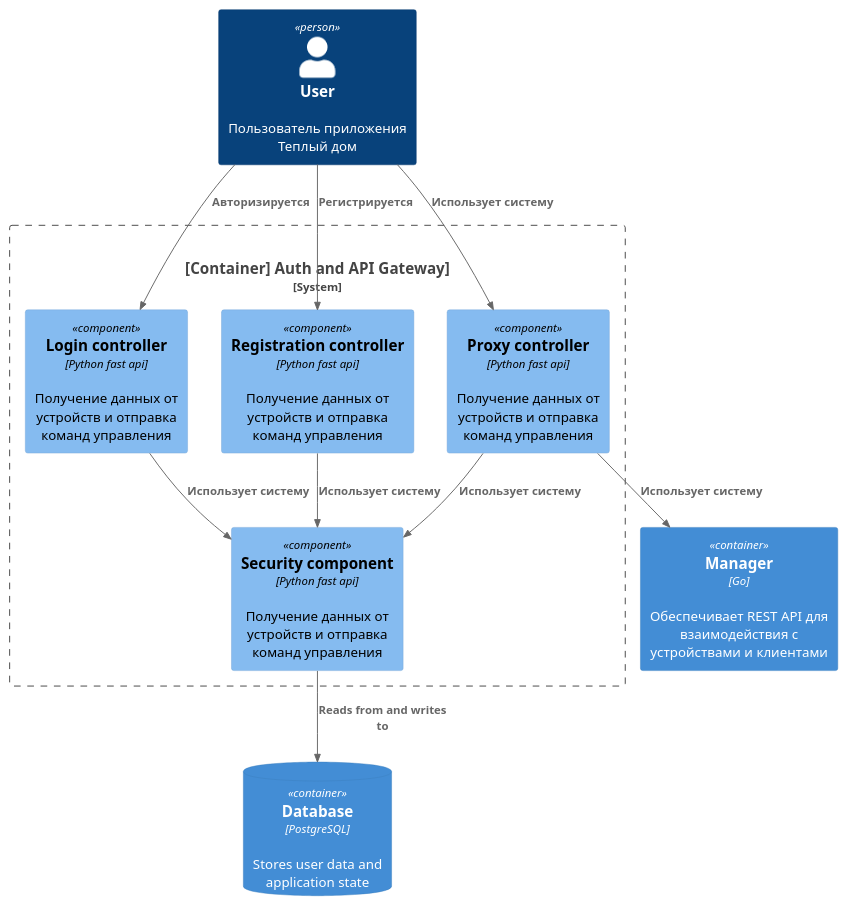
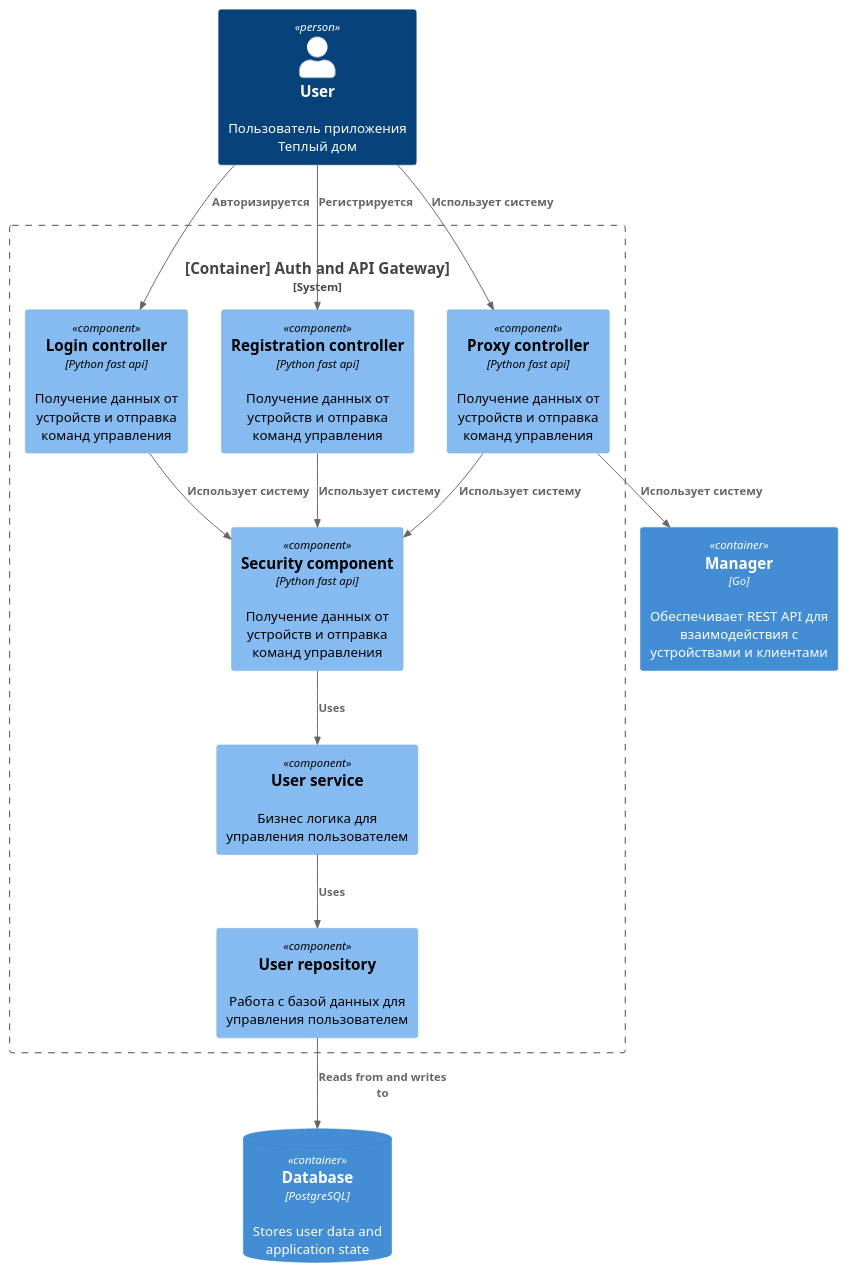
Before and after one commit to alexneysis/architecture-pro-warmhouse-sprint-1: the diagram in docs/to_be_c4_component_auth.puml, drawn with PlantUML. The commit also changed 5 other files, not shown here.

Commit message:
*Add diagram of code * Add more components to to_be diagram * Rename diagrams

```diff
--- a/docs/to_be_c4_component_auth.puml
+++ b/docs/to_be_c4_component_auth.puml
@@ -1,28 +1,33 @@
-@startuml "Container diagram as is"
+@startuml "Component diagram  to be"
 
 !include https://raw.githubusercontent.com/plantuml-stdlib/C4-PlantUML/master/C4_Context.puml
 !include https://raw.githubusercontent.com/plantuml-stdlib/C4-PlantUML/master/C4_Container.puml
 !include https://raw.githubusercontent.com/plantuml-stdlib/C4-PlantUML/master/C4_Component.puml
 
 
 Person(user, "User", "Пользователь приложения Теплый дом")
 ContainerDb(db, "Database", "PostgreSQL", "Stores user data and application state")
 Container(manager_api, "Manager", "Go", "Обеспечивает REST API для взаимодействия с устройствами и клиентами")
 
 System_Boundary(c1, "[Container] Auth and API Gateway]") {
  Component(login, "Login controller", "Python fast api", "Получение данных от устройств и отправка команд управления")
  Component(registration, "Registration controller", "Python fast api", "Получение данных от устройств и отправка команд управления")
  Component(security, "Security component", "Python fast api", "Получение данных от устройств и отправка команд управления")
  Component(proxy, "Proxy controller", "Python fast api", "Получение данных от устройств и отправка команд управления")
+ Component(user_service, "User service", "", "Бизнес логика для управления пользователем")
+ Component(user_repository, "User repository", "", "Работа с базой данных для управления пользователем")
 }
 
 Rel(user, login, "Авторизируется")
 Rel(user, registration, "Регистрируется")
 Rel(user, proxy, "Использует систему")
 Rel(proxy, manager_api, "Использует систему")
 Rel(registration, security, "Использует систему")
 Rel(login, security, "Использует систему")
 Rel(proxy, security, "Использует систему")
-Rel(security,db,"Reads from and writes to")
+
+Rel(security,user_service,"Uses")
+Rel(user_service,user_repository,"Uses")
+Rel(user_repository,db,"Reads from and writes to")
 
 @enduml
```
